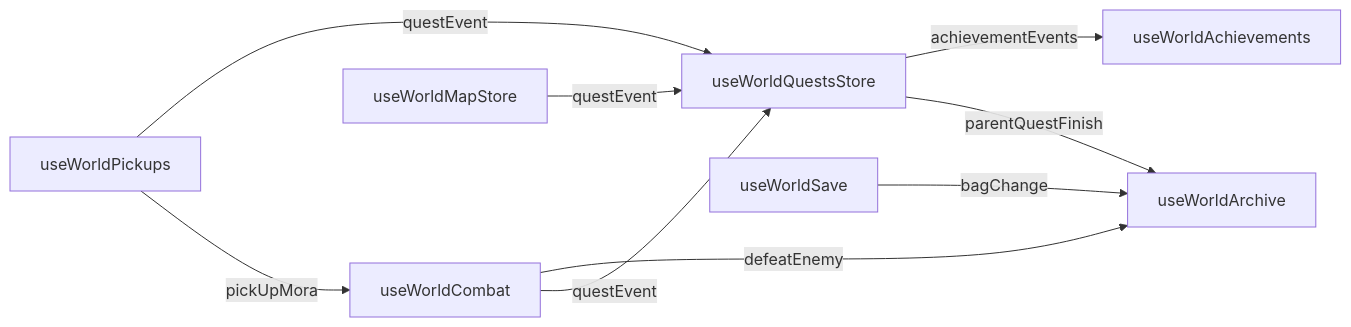
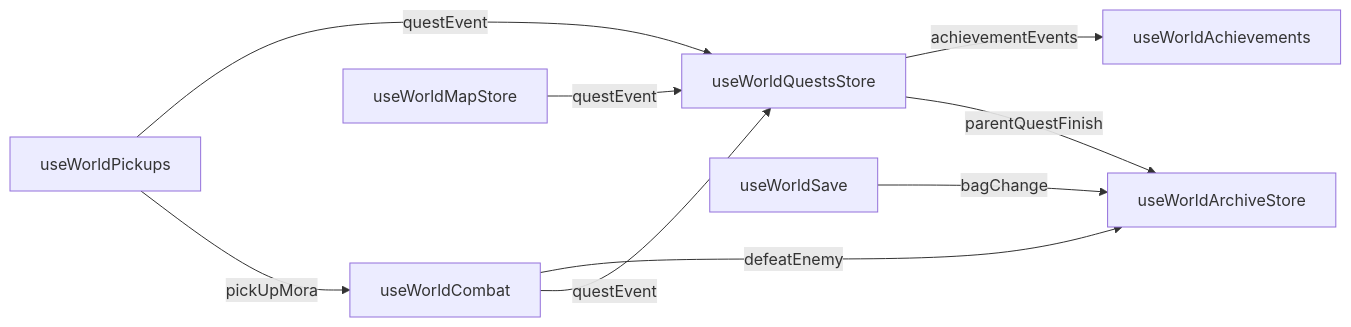
Before and after one commit to Esposter/Esposter: the second of 2 diagrams in openspec/specs/genshin/engine-architecture/design.md, drawn with Mermaid. The commit also changed 14 other files, not shown here.

First line of the commit message:
Move the Archive into a world store

````diff
--- a/openspec/specs/genshin/engine-architecture/design.md
+++ b/openspec/specs/genshin/engine-architecture/design.md
@@ -78,11 +78,11 @@
 ```mermaid
 flowchart LR
   Pick[useWorldPickups] -->|questEvent| Quests[useWorldQuestsStore]
   Pick -->|pickUpMora| Combat[useWorldCombat]
-  Combat -->|defeatEnemy| Archive[useWorldArchive]
+  Combat -->|defeatEnemy| Archive[useWorldArchiveStore]
   Combat -->|questEvent| Quests
   Save[useWorldSave] -->|bagChange| Archive
   Quests -->|achievementEvents| Achievements[useWorldAchievements]
   Quests -->|parentQuestFinish| Archive
   Map[useWorldMapStore] -->|questEvent| Quests
 ```
````
